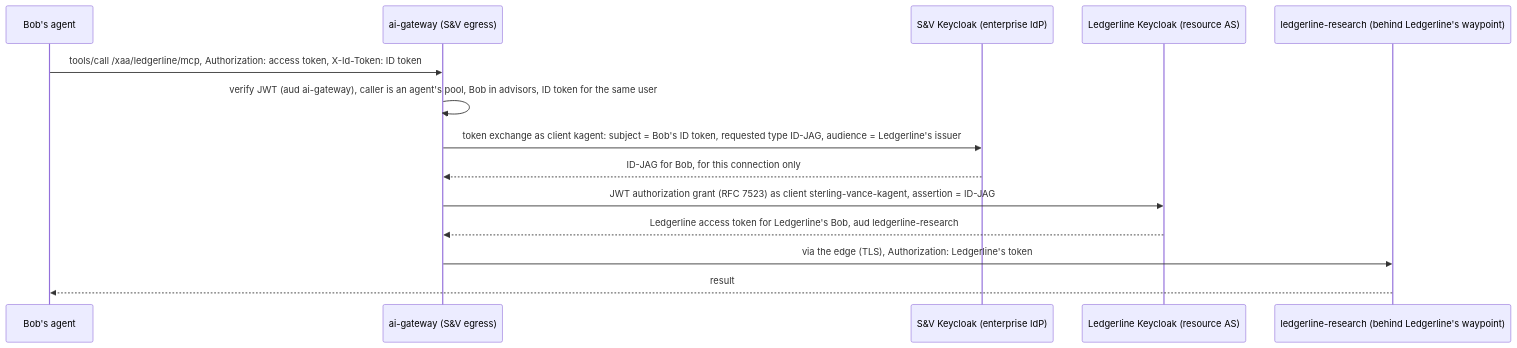
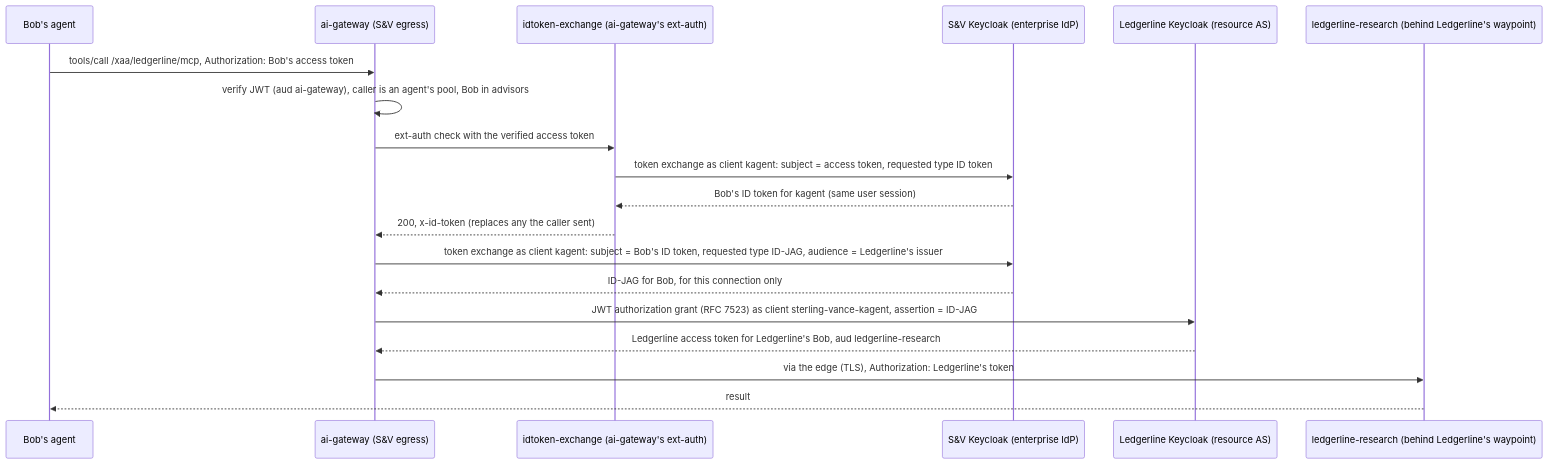
One commit to nickgamb/solo-lab changed the second of 3 diagrams in docs/IDENTITY-FLOWS.md. Above: the diagram before and after it, drawn with Mermaid. The commit also changed other lines of this file and 25 other files, not shown here.

First line of the commit message:
Get Bob's ID token at the egress gateway, not through the agent

````diff
--- a/docs/IDENTITY-FLOWS.md
+++ b/docs/IDENTITY-FLOWS.md
@@ -121,16 +124,21 @@
 ```mermaid
 sequenceDiagram
   participant A as Bob's agent
   participant G as ai-gateway (S&V egress)
+  participant X as idtoken-exchange (ai-gateway's ext-auth)
   participant K as S&V Keycloak (enterprise IdP)
   participant L as Ledgerline Keycloak (resource AS)
   participant R as ledgerline-research (behind Ledgerline's waypoint)
-  A->>G: tools/call /xaa/ledgerline/mcp, Authorization: access token, X-Id-Token: ID token
-  G->>G: verify JWT (aud ai-gateway), caller is an agent's pool, Bob in advisors, ID token for the same user
+  A->>G: tools/call /xaa/ledgerline/mcp, Authorization: Bob's access token
+  G->>G: verify JWT (aud ai-gateway), caller is an agent's pool, Bob in advisors
+  G->>X: ext-auth check with the verified access token
+  X->>K: token exchange as client kagent: subject = access token, requested type ID token
+  K-->>X: Bob's ID token for kagent (same user session)
+  X-->>G: 200, x-id-token (replaces any the caller sent)
   G->>K: token exchange as client kagent: subject = Bob's ID token, requested type ID-JAG, audience = Ledgerline's issuer
   K-->>G: ID-JAG for Bob, for this connection only
   G->>L: JWT authorization grant (RFC 7523) as client sterling-vance-kagent, assertion = ID-JAG
   L-->>G: Ledgerline access token for Ledgerline's Bob, aud ledgerline-research
   G->>R: via the edge (TLS), Authorization: Ledgerline's token
   R-->>A: result
 ```
````
